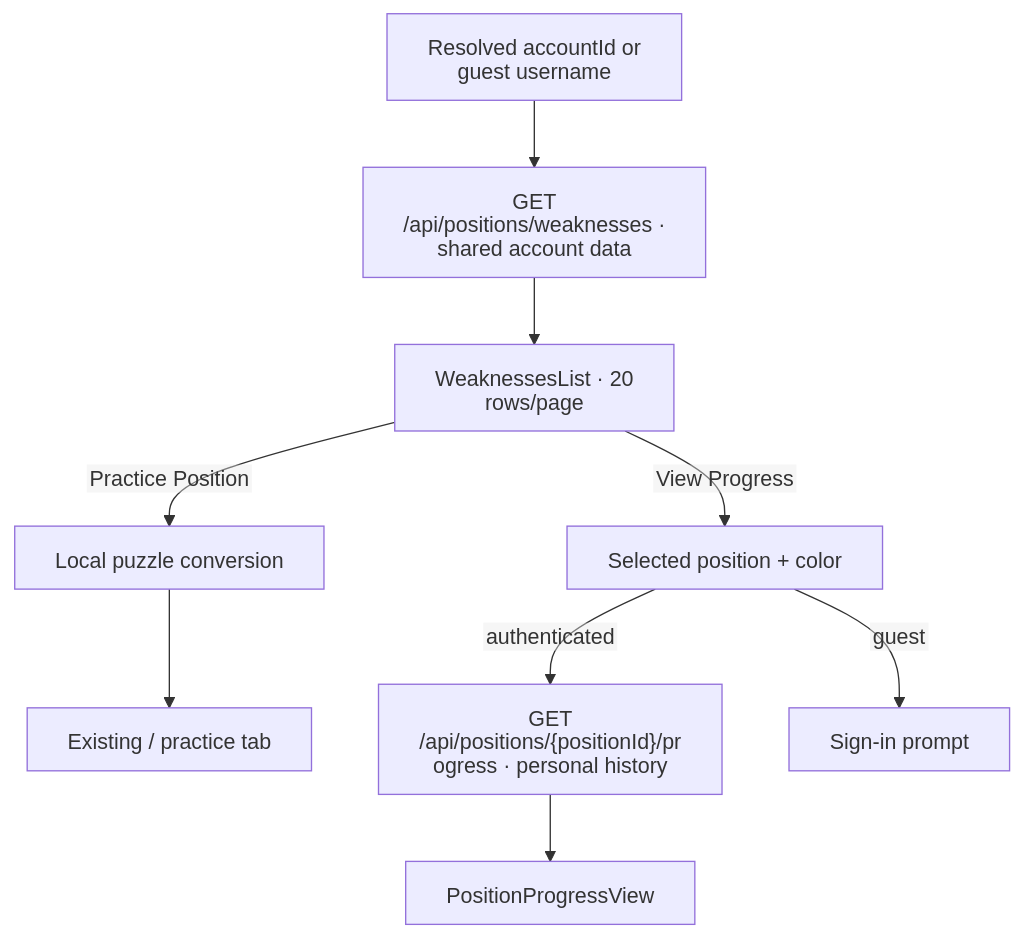
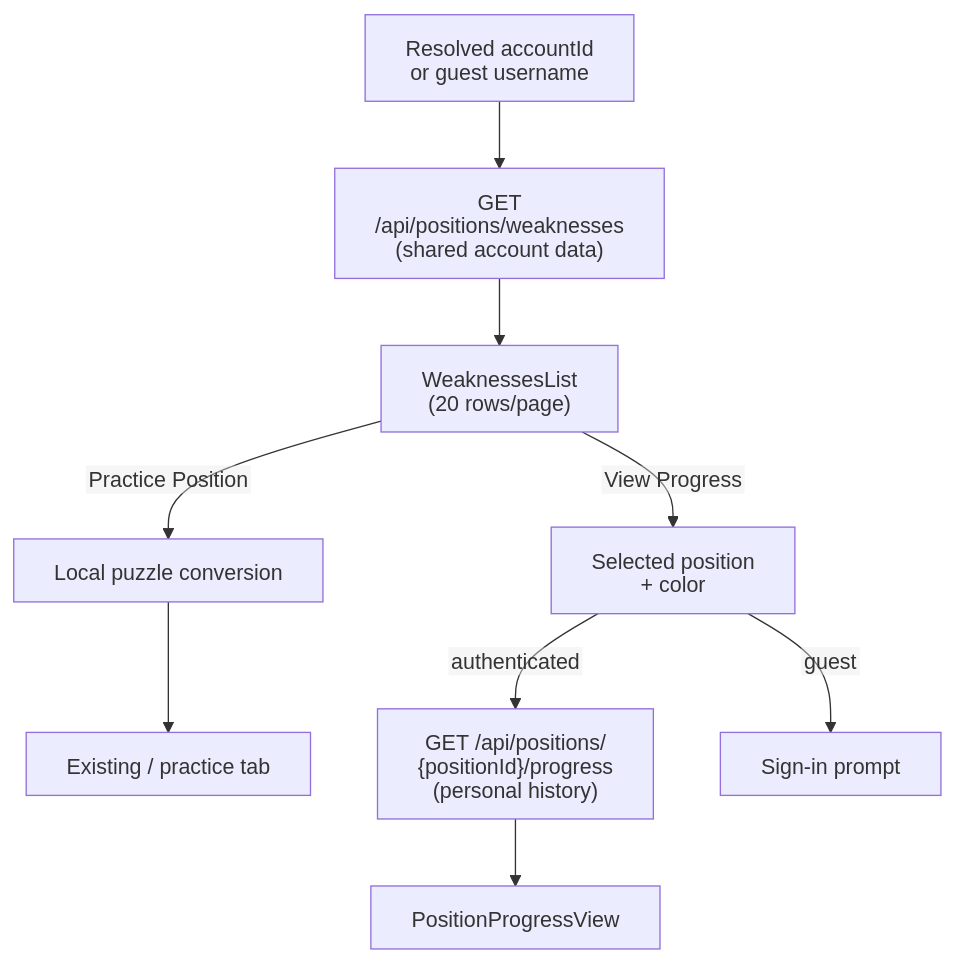
One commit to NathanZK/ChessEcho changed the third of 5 diagrams in docs/architecture/frontend.md. Above: the diagram before and after it, drawn with Mermaid. The commit also changed other lines of this file and 13 other files, not shown here.

Commit message:
docs(architecture): reconcile ChessProbe documentation architecture, system topology, API contract, and testing specifications (#785)

````diff
--- a/docs/architecture/frontend.md
+++ b/docs/architecture/frontend.md
@@ -194,12 +195,12 @@
 ```mermaid
 %%{init: {"htmlLabels": false, "flowchart": {"htmlLabels": false}}}%%
 flowchart TB
-  context["Resolved accountId or guest username"] --> weaknesses["GET /api/positions/weaknesses · shared account data"]
-  weaknesses --> list["WeaknessesList · 20 rows/page"]
+  context["Resolved accountId<br/>or guest username"] --> weaknesses["GET /api/positions/weaknesses<br/>(shared account data)"]
+  weaknesses --> list["WeaknessesList<br/>(20 rows/page)"]
   list -->|"Practice Position"| localPuzzle["Local puzzle conversion"]
   localPuzzle --> practice["Existing / practice tab"]
-  list -->|"View Progress"| selected["Selected position + color"]
-  selected -->|"authenticated"| progress["GET /api/positions/{positionId}/progress · personal history"]
+  list -->|"View Progress"| selected["Selected position<br/>+ color"]
+  selected -->|"authenticated"| progress["GET /api/positions/<br/>{positionId}/progress<br/>(personal history)"]
   selected -->|"guest"| signIn["Sign-in prompt"]
   progress --> view["PositionProgressView"]
 ```
````
